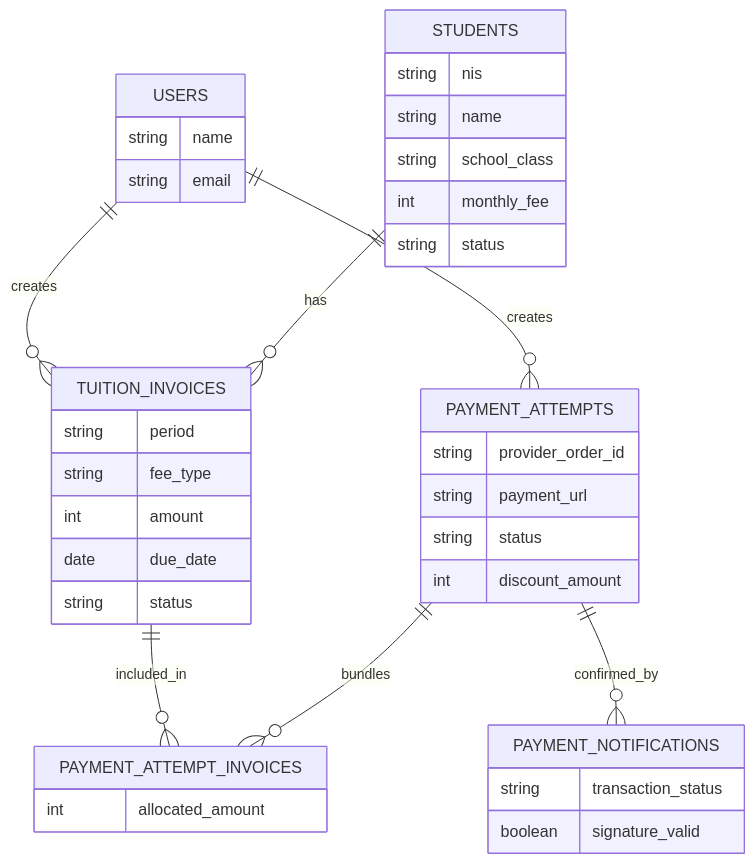
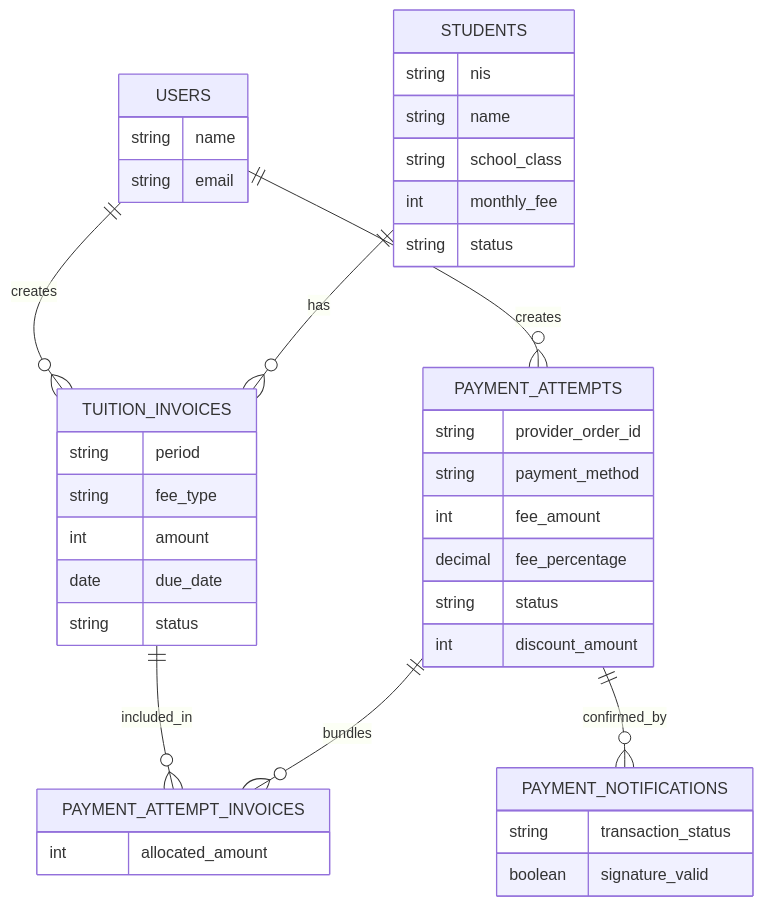
The second of 4 diagrams in simdik-al-insyirah-diagrams.md (aslammaududy/alinsyirah-backend), drawn with Mermaid before and after one commit. The commit also changed other lines of this file, not shown here.

First line of the commit message:
docs: update architecture diagrams for Core API integration

````diff
--- a/simdik-al-insyirah-diagrams.md
+++ b/simdik-al-insyirah-diagrams.md
@@ -24,41 +25,43 @@
 ```mermaid
 erDiagram
     USERS ||--o{ TUITION_INVOICES : creates
     USERS ||--o{ PAYMENT_ATTEMPTS : creates
     STUDENTS ||--o{ TUITION_INVOICES : has
     TUITION_INVOICES ||--o{ PAYMENT_ATTEMPT_INVOICES : included_in
     PAYMENT_ATTEMPTS ||--o{ PAYMENT_ATTEMPT_INVOICES : bundles
     PAYMENT_ATTEMPTS ||--o{ PAYMENT_NOTIFICATIONS : confirmed_by
 
     USERS {
         string name
         string email
     }
     STUDENTS {
         string nis
         string name
         string school_class
         int monthly_fee
         string status
     }
     TUITION_INVOICES {
         string period
         string fee_type
         int amount
         date due_date
         string status
     }
     PAYMENT_ATTEMPTS {
         string provider_order_id
-        string payment_url
+        string payment_method
+        int fee_amount
+        decimal fee_percentage
         string status
         int discount_amount
     }
     PAYMENT_ATTEMPT_INVOICES {
         int allocated_amount
     }
     PAYMENT_NOTIFICATIONS {
         string transaction_status
         boolean signature_valid
     }
 ```
````
